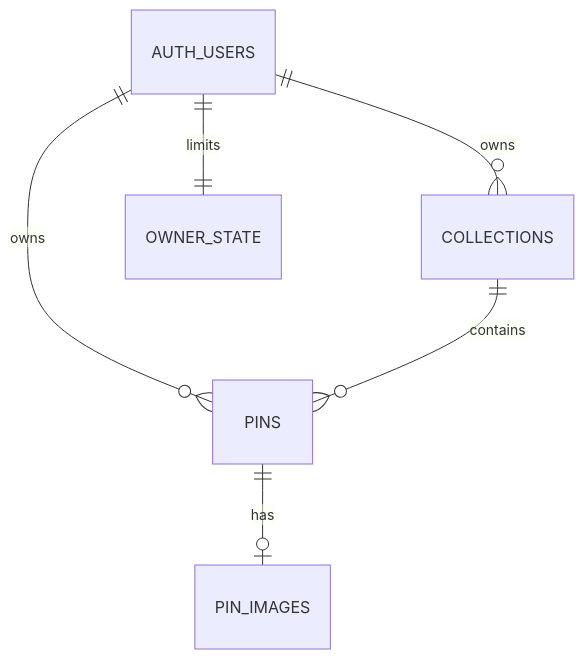
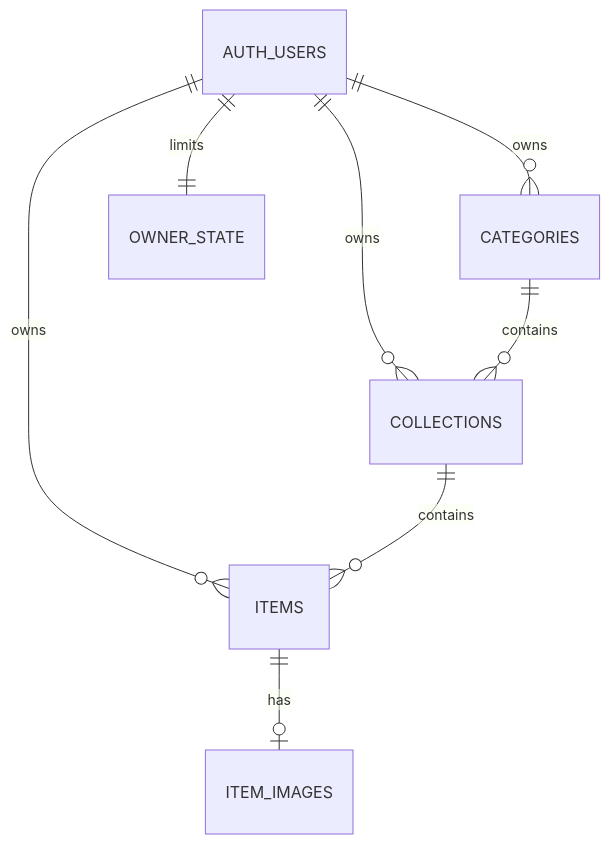
The diagram in docs/INTEGRATION-PLAN.md (abdulksyed10/Collectibles), drawn with Mermaid before and after one commit. The commit also changed other lines of this file and 38 other files, not shown here.

Commit message:
Generalize Collectibles with private categories and items

````diff
--- a/docs/INTEGRATION-PLAN.md
+++ b/docs/INTEGRATION-PLAN.md
@@ -11,8 +11,10 @@
 ```mermaid
 erDiagram
+    AUTH_USERS ||--o{ CATEGORIES : owns
     AUTH_USERS ||--o{ COLLECTIONS : owns
-    AUTH_USERS ||--o{ PINS : owns
-    COLLECTIONS ||--o{ PINS : contains
-    PINS ||--o| PIN_IMAGES : has
+    AUTH_USERS ||--o{ ITEMS : owns
+    CATEGORIES ||--o{ COLLECTIONS : contains
+    COLLECTIONS ||--o{ ITEMS : contains
+    ITEMS ||--o| ITEM_IMAGES : has
     AUTH_USERS ||--|| OWNER_STATE : limits
 ```
````
